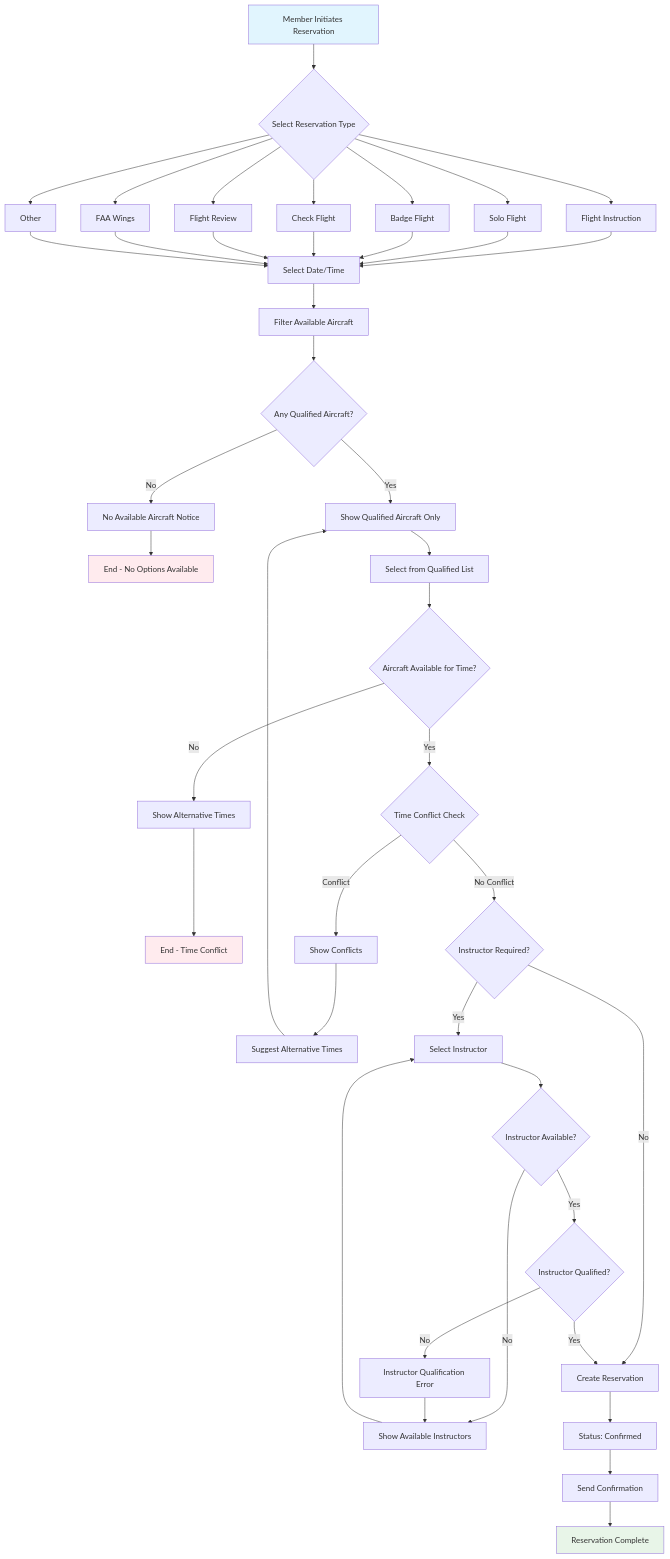
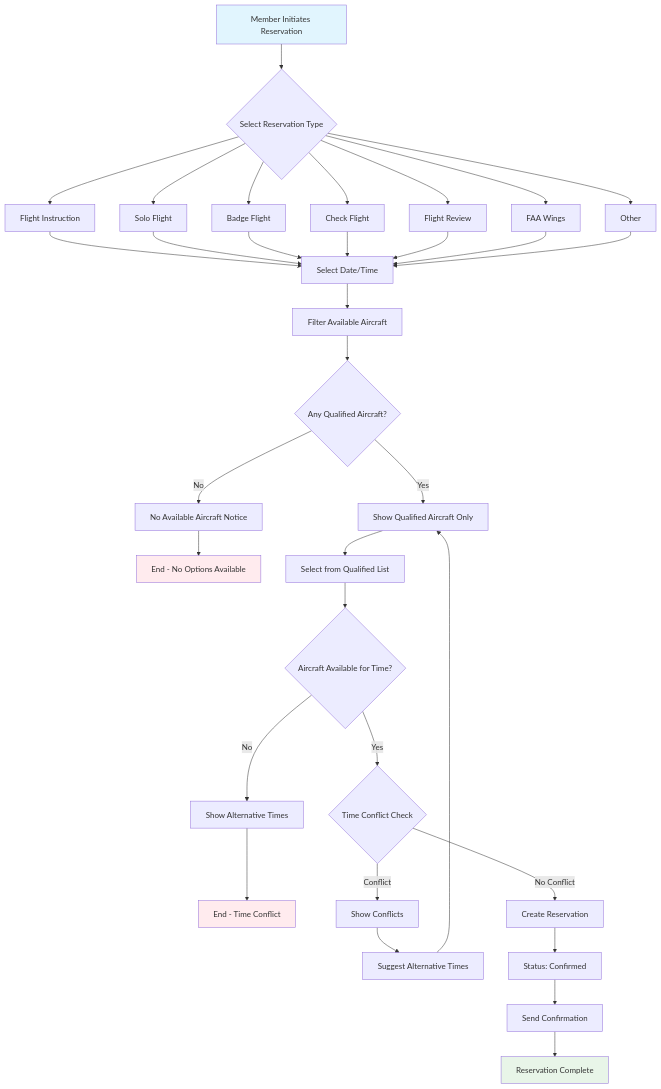
One commit to pietbarber/Manage2Soar changed the first of 6 diagrams in docs/workflows/issue-190-glider-reservation-design.md. Above: the diagram before and after it, drawn with Mermaid. The commit also changed other lines of this file, not shown here.

Commit message:
Refactor instructor assignment workflow to simplify reservation creation. Remove unnecessary instructor selection steps, ensuring immediate reservation confirmation for members without approval delays.

````diff
--- a/docs/workflows/issue-190-glider-reservation-design.md
+++ b/docs/workflows/issue-190-glider-reservation-design.md
@@ -10,59 +10,49 @@
 ```mermaid
 flowchart TD
     A[Member Initiates Reservation] --> B{Select Reservation Type}
     
     B --> C[Flight Instruction]
     B --> D[Solo Flight]
     B --> E[Badge Flight]
     B --> F[Check Flight]
     B --> G[Flight Review]
     B --> H[FAA Wings]
     B --> I[Other]
     
     C --> J[Select Date/Time]
     D --> J
     E --> J
     F --> J
     G --> J
     H --> J
     I --> J
     
     J --> K[Filter Available Aircraft]
     K --> L{Any Qualified Aircraft?}
     
     L -->|No| M[No Available Aircraft Notice]
     M --> N[End - No Options Available]
     
     L -->|Yes| O[Show Qualified Aircraft Only]
     O --> P[Select from Qualified List]
     P --> Q{Aircraft Available for Time?}
     
     Q -->|No| R[Show Alternative Times]
     R --> S[End - Time Conflict]
     
     Q -->|Yes| T{Time Conflict Check}
     T -->|Conflict| U[Show Conflicts]
     U --> V[Suggest Alternative Times]
     V --> O
     
-    T -->|No Conflict| W{Instructor Required?}
-    W -->|Yes| X[Select Instructor]
-    W -->|No| Y[Create Reservation]
-    
-    X --> Z{Instructor Available?}
-    Z -->|No| AA[Show Available Instructors]
-    AA --> X
-    Z -->|Yes| BB{Instructor Qualified?}
-    BB -->|No| CC[Instructor Qualification Error]
-    CC --> AA
-    BB -->|Yes| Y
+    T -->|No Conflict| Y[Create Reservation]
     
     Y --> DD[Status: Confirmed]
     DD --> EE[Send Confirmation]
     EE --> FF[Reservation Complete]
     
     style A fill:#e1f5fe
     style FF fill:#e8f5e8
     style N fill:#ffebee
     style S fill:#ffebee
 ```
````
